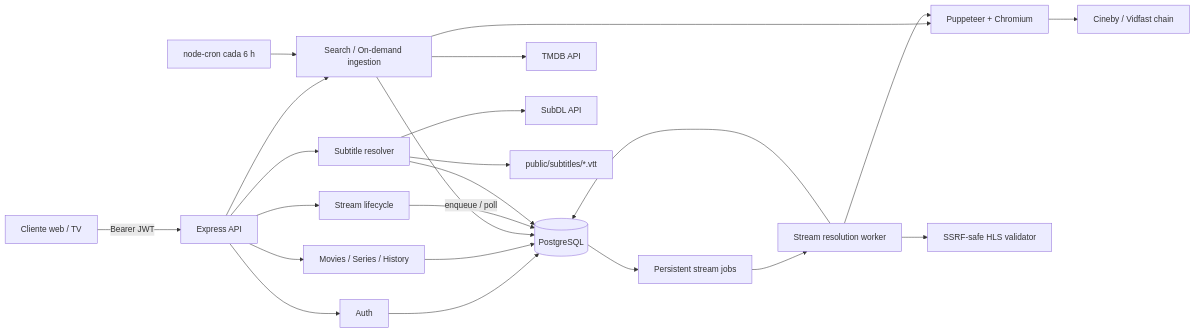
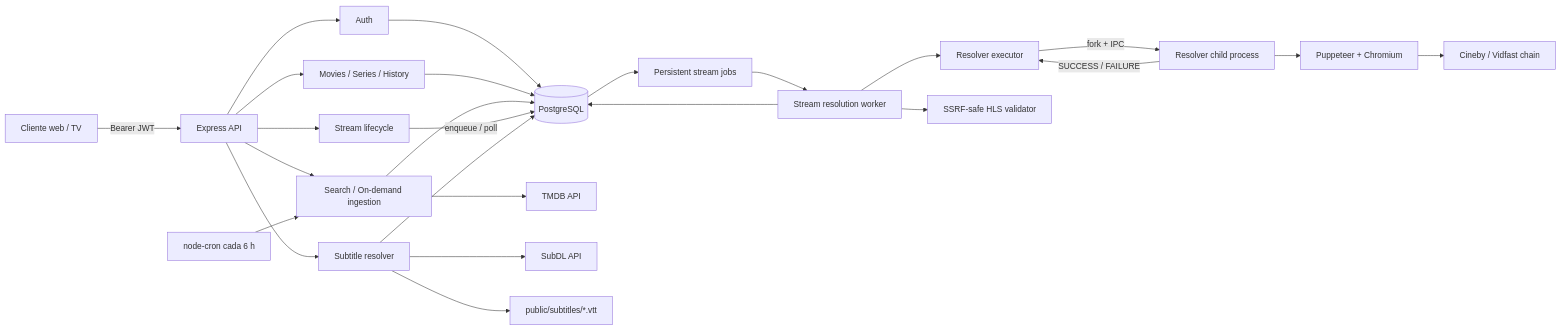
Before and after one commit to zamzze/kanchita-backend: the diagram in ARCHITECTURE.md, drawn with Mermaid. The commit also changed other lines of this file and 18 other files, not shown here.

````diff
--- a/ARCHITECTURE.md
+++ b/ARCHITECTURE.md
@@ -11,25 +11,27 @@
 ```mermaid
 flowchart LR
   Client[Cliente web / TV] -->|Bearer JWT| API[Express API]
   API --> Auth[Auth]
   API --> Catalog[Movies / Series / History]
   API --> Content[Search / On-demand ingestion]
   API --> Streams[Stream lifecycle]
   API --> Subs[Subtitle resolver]
   Auth --> PG[(PostgreSQL)]
   Catalog --> PG
   Content --> TMDB[TMDB API]
   Content --> PG
-  Content --> Scraper[Puppeteer + Chromium]
   Streams -->|enqueue / poll| PG
   PG --> Queue[Persistent stream jobs]
   Queue --> Worker[Stream resolution worker]
-  Worker --> Scraper
+  Worker --> Executor[Resolver executor]
+  Executor -->|fork + IPC| Child[Resolver child process]
+  Child --> Scraper[Puppeteer + Chromium]
+  Child -->|SUCCESS / FAILURE| Executor
   Worker --> Validator[SSRF-safe HLS validator]
   Worker --> PG
   Scraper --> Provider[Cineby / Vidfast chain]
   Subs --> SubDL[SubDL API]
   Subs --> Files[public/subtitles/*.vtt]
   Subs --> PG
   Scheduler[node-cron cada 6 h] --> Content
 ```
````
